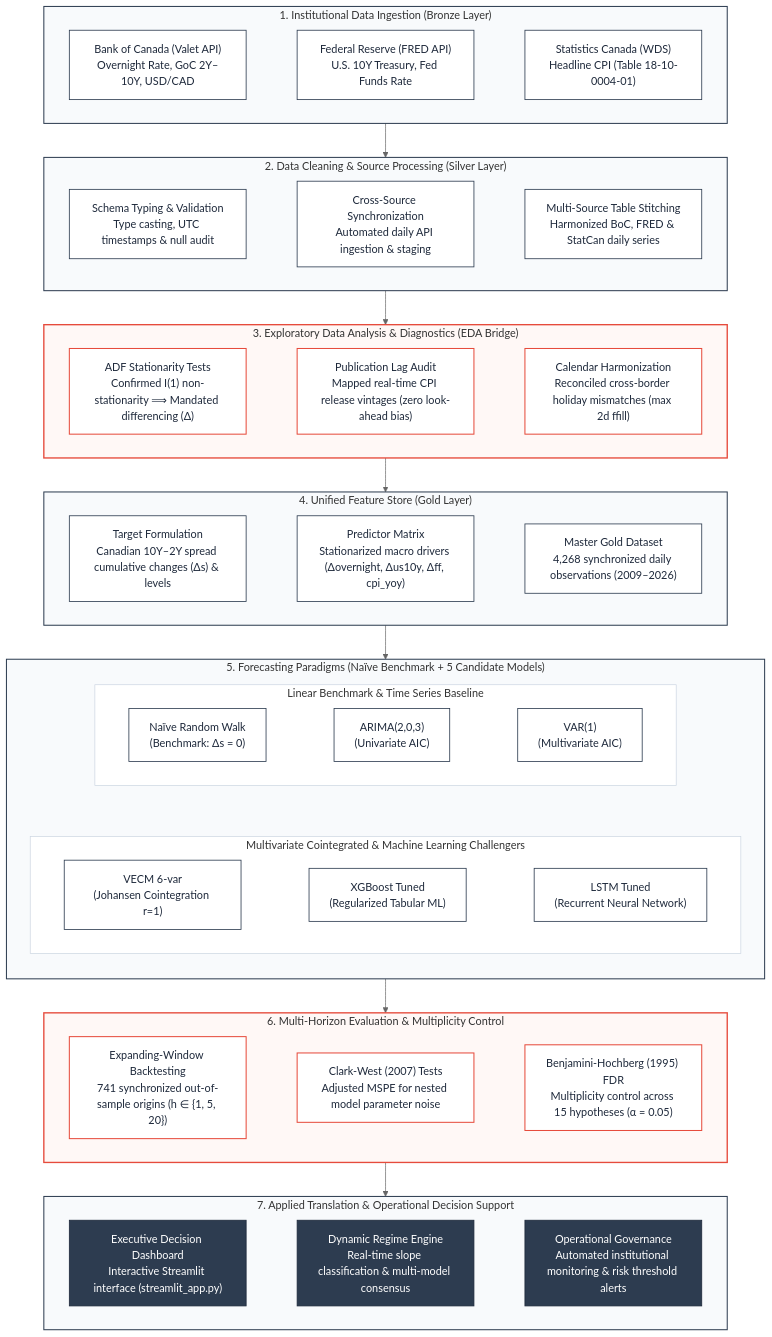
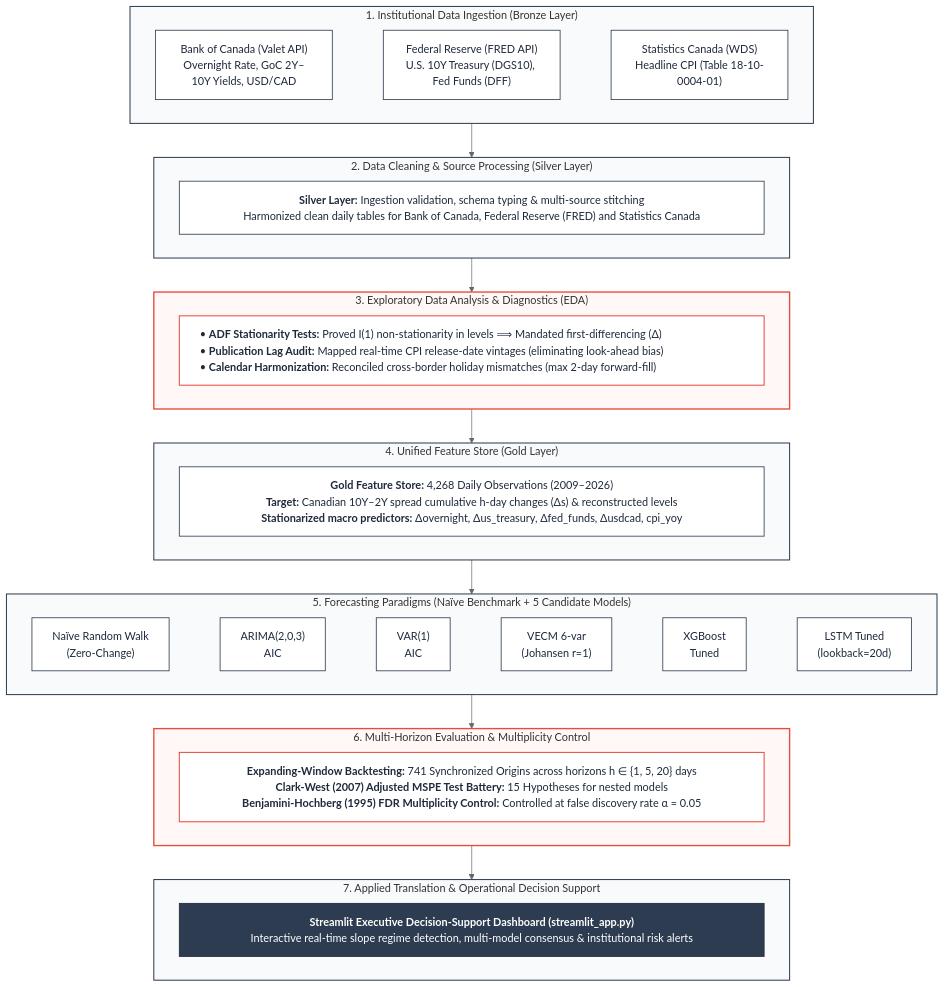
One commit to nholguinrh/DAMO-699-Capstone-project-GRP5 changed the diagram in src/reporting/pipeline_diagram.mmd. Above: the diagram before and after it, drawn with Mermaid (neutral theme). The commit also changed 7 other files, not shown here.

Commit message:
fix(reporting): add labels to Fig 3, relocate legends to lower-right, and expand Fig 1 container widths

```diff
--- a/src/reporting/pipeline_diagram.mmd
+++ b/src/reporting/pipeline_diagram.mmd
@@ -1,60 +1,46 @@
 flowchart TD
     subgraph S1 ["1. Institutional Data Ingestion (Bronze Layer)"]
-        A["Bank of Canada (Valet API)<br>Overnight Rate, GoC 2Y–10Y, USD/CAD"] ~~~ B["Federal Reserve (FRED API)<br>U.S. 10Y Treasury, Fed Funds Rate"] ~~~ C["Statistics Canada (WDS)<br>Headline CPI (Table 18-10-0004-01)"]
+        A["Bank of Canada (Valet API)<br>Overnight Rate, GoC 2Y–10Y Yields, USD/CAD"] ~~~ B["Federal Reserve (FRED API)<br>U.S. 10Y Treasury (DGS10), Fed Funds (DFF)"] ~~~ C["Statistics Canada (WDS)<br>Headline CPI (Table 18-10-0004-01)"]
     end
 
     subgraph S2 ["2. Data Cleaning & Source Processing (Silver Layer)"]
-        D1["Schema Typing & Validation<br>Type casting, UTC timestamps & null audit"] ~~~ D2["Cross-Source Synchronization<br>Automated daily API ingestion & staging"] ~~~ D3["Multi-Source Table Stitching<br>Harmonized BoC, FRED & StatCan daily series"]
+        D["<div style='width:800px;'><b>Silver Layer:</b> Ingestion validation, schema typing & multi-source stitching<br>Harmonized clean daily tables for Bank of Canada, Federal Reserve (FRED) and Statistics Canada</div>"]
     end
 
-    subgraph S3 ["3. Exploratory Data Analysis & Diagnostics (EDA Bridge)"]
-        E1["ADF Stationarity Tests<br>Confirmed I(1) non-stationarity ⟹ Mandated differencing (Δ)"] ~~~ E2["Publication Lag Audit<br>Mapped real-time CPI release vintages (zero look-ahead bias)"] ~~~ E3["Calendar Harmonization<br>Reconciled cross-border holiday mismatches (max 2d ffill)"]
+    subgraph S3 ["3. Exploratory Data Analysis & Diagnostics (EDA)"]
+        E["<div style='width:800px; text-align:left;'>• <b>ADF Stationarity Tests:</b> Proved I(1) non-stationarity in levels ⟹ Mandated first-differencing (Δ)<br>• <b>Publication Lag Audit:</b> Mapped real-time CPI release-date vintages (eliminating look-ahead bias)<br>• <b>Calendar Harmonization:</b> Reconciled cross-border holiday mismatches (max 2-day forward-fill)</div>"]
     end
 
     subgraph S4 ["4. Unified Feature Store (Gold Layer)"]
-        F1["Target Formulation<br>Canadian 10Y–2Y spread cumulative changes (Δs) & levels"] ~~~ F2["Predictor Matrix<br>Stationarized macro drivers (Δovernight, Δus10y, Δff, cpi_yoy)"] ~~~ F3["Master Gold Dataset<br>4,268 synchronized daily observations (2009–2026)"]
+        F["<div style='width:800px;'><b>Gold Feature Store:</b> 4,268 Daily Observations (2009–2026)<br><b>Target:</b> Canadian 10Y–2Y spread cumulative h-day changes (Δs) & reconstructed levels<br><b>Stationarized macro predictors:</b> Δovernight, Δus_treasury, Δfed_funds, Δusdcad, cpi_yoy</div>"]
     end
 
     subgraph S5 ["5. Forecasting Paradigms (Naïve Benchmark + 5 Candidate Models)"]
-        direction TB
-        subgraph S5_1 ["Linear Benchmark & Time Series Baseline"]
-            G["Naïve Random Walk<br>(Benchmark: Δs = 0)"] ~~~ H["ARIMA(2,0,3)<br>(Univariate AIC)"] ~~~ I["VAR(1)<br>(Multivariate AIC)"]
-        end
-        subgraph S5_2 ["Multivariate Cointegrated & Machine Learning Challengers"]
-            J["VECM 6-var<br>(Johansen Cointegration r=1)"] ~~~ K["XGBoost Tuned<br>(Regularized Tabular ML)"] ~~~ L["LSTM Tuned<br>(Recurrent Neural Network)"]
-        end
-        S5_1 ~~~ S5_2
+        G["Naïve Random Walk<br>(Zero-Change)"] ~~~ H["ARIMA(2,0,3)<br>AIC"] ~~~ I["VAR(1)<br>AIC"] ~~~ J["VECM 6-var<br>(Johansen r=1)"] ~~~ K["XGBoost<br>Tuned"] ~~~ L["LSTM Tuned<br>(lookback=20d)"]
     end
 
     subgraph S6 ["6. Multi-Horizon Evaluation & Multiplicity Control"]
-        M1["Expanding-Window Backtesting<br>741 synchronized out-of-sample origins (h ∈ {1, 5, 20})"] ~~~ M2["Clark-West (2007) Tests<br>Adjusted MSPE for nested model parameter noise"] ~~~ M3["Benjamini-Hochberg (1995) FDR<br>Multiplicity control across 15 hypotheses (α = 0.05)"]
+        M["<div style='width:800px;'><b>Expanding-Window Backtesting:</b> 741 Synchronized Origins across horizons h ∈ {1, 5, 20} days<br><b>Clark-West (2007) Adjusted MSPE Test Battery:</b> 15 Hypotheses for nested models<br><b>Benjamini-Hochberg (1995) FDR Multiplicity Control:</b> Controlled at false discovery rate α = 0.05</div>"]
     end
 
     subgraph S7 ["7. Applied Translation & Operational Decision Support"]
-        N1["Executive Decision Dashboard<br>Interactive Streamlit interface (streamlit_app.py)"] ~~~ N2["Dynamic Regime Engine<br>Real-time slope classification & multi-model consensus"] ~~~ N3["Operational Governance<br>Automated institutional monitoring & risk threshold alerts"]
+        N["<div style='width:800px;'><b>Streamlit Executive Decision-Support Dashboard (streamlit_app.py)</b><br>Interactive real-time slope regime detection, multi-model consensus & institutional risk alerts</div>"]
     end
 
-    S1 --> S2
-    S2 --> S3
-    S3 --> S4
-    S4 --> S5
-    S5 --> S6
-    S6 --> S7
+    S1 --> S2 --> S3 --> S4 --> S5 --> S6 --> S7
 
     style S1 fill:#f8fafc,stroke:#2d3c50,stroke-width:1.5px
     style S2 fill:#f8fafc,stroke:#2d3c50,stroke-width:1.5px
     style S3 fill:#fff8f6,stroke:#e64b3c,stroke-width:2px
     style S4 fill:#f8fafc,stroke:#2d3c50,stroke-width:1.5px
     style S5 fill:#f8fafc,stroke:#2d3c50,stroke-width:1.5px
-    style S5_1 fill:#ffffff,stroke:#cbd5e1,stroke-width:1px
-    style S5_2 fill:#ffffff,stroke:#cbd5e1,stroke-width:1px
     style S6 fill:#fff8f6,stroke:#e64b3c,stroke-width:2px
     style S7 fill:#f8fafc,stroke:#2d3c50,stroke-width:1.5px
 
     classDef defaultNode fill:#ffffff,stroke:#2d3c50,stroke-width:1.2px,color:#1e293b;
     classDef accentNode fill:#ffffff,stroke:#e64b3c,stroke-width:1.5px,color:#1e293b;
     classDef darkNode fill:#2d3c50,stroke:#1e293b,stroke-width:1.2px,color:#ffffff;
 
-    class A,B,C,D1,D2,D3,F1,F2,F3,G,H,I,J,K,L defaultNode;
-    class E1,E2,E3,M1,M2,M3 accentNode;
-    class N1,N2,N3 darkNode;
+    class A,B,C,D,F,G,H,I,J,K,L defaultNode;
+    class E,M accentNode;
+    class N darkNode;
```
